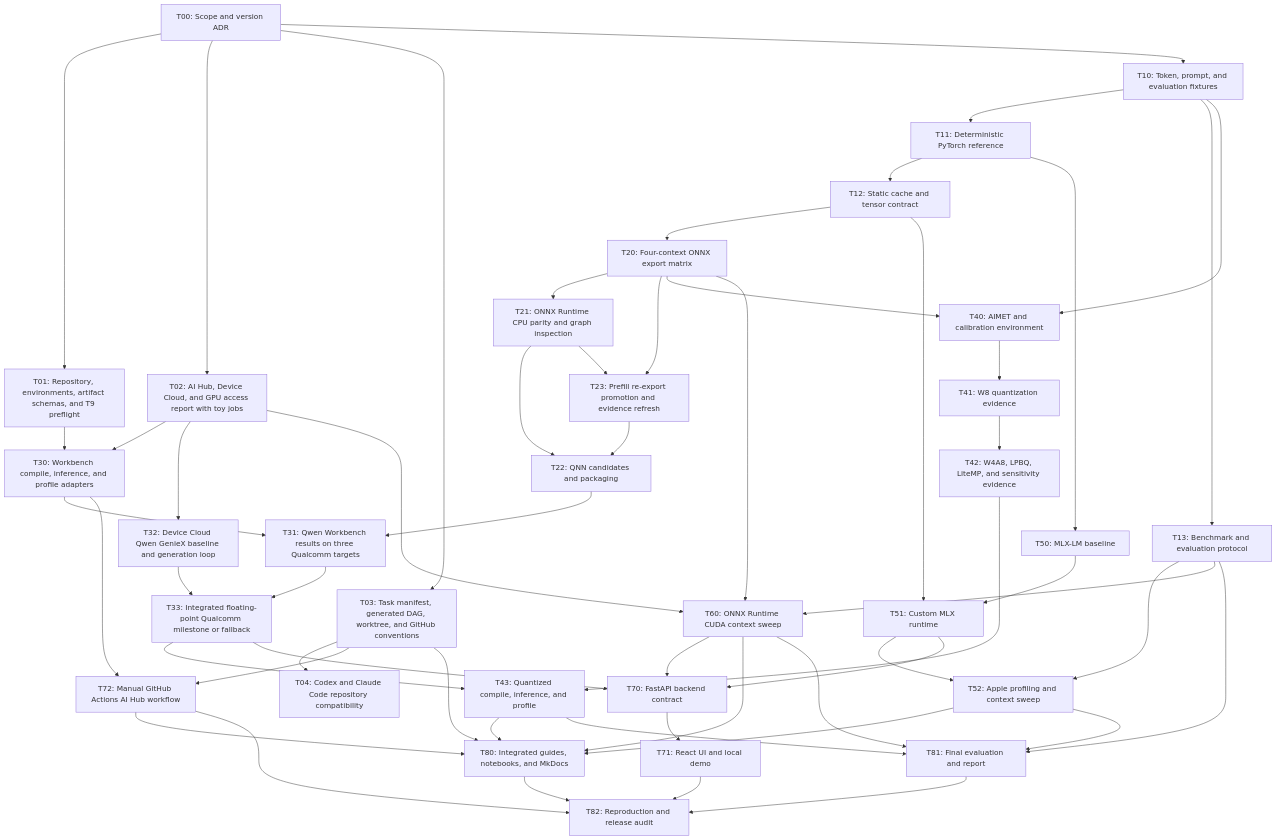
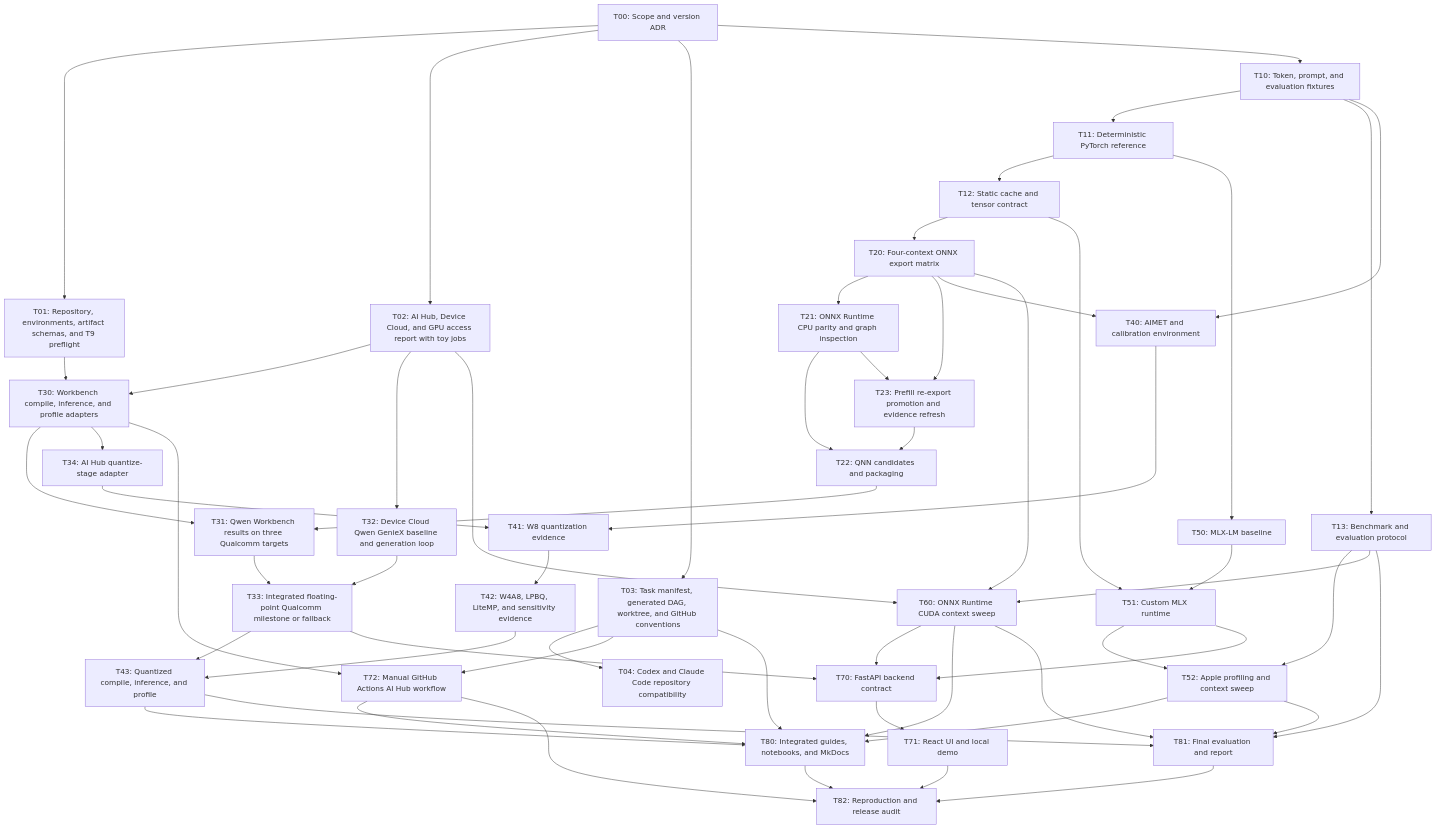
One commit to chayut-t/slm-deployment-lab changed the first of 2 diagrams in ai/tasks/status.generated.md. Above: the diagram before and after it, drawn with Mermaid. The commit also changed other lines of this file and 6 other files, not shown here.

First line of the commit message:
Create T34 for the AI Hub quantize-stage adapter

```diff
--- a/ai/tasks/status.generated.md
+++ b/ai/tasks/status.generated.md
@@ -25,6 +25,7 @@
     T31["T31: Qwen Workbench results on three Qualcomm targets"]
     T32["T32: Device Cloud Qwen GenieX baseline and generation loop"]
     T33["T33: Integrated floating-point Qualcomm milestone or fallback"]
+    T34["T34: AI Hub quantize-stage adapter"]
     T40["T40: AIMET and calibration environment"]
     T41["T41: W8 quantization evidence"]
     T42["T42: W4A8, LPBQ, LiteMP, and sensitivity evidence"]
@@ -60,9 +61,11 @@
     T02 --> T32
     T31 --> T33
     T32 --> T33
+    T30 --> T34
     T10 --> T40
     T20 --> T40
     T40 --> T41
+    T34 --> T41
     T41 --> T42
     T33 --> T43
     T42 --> T43
```
